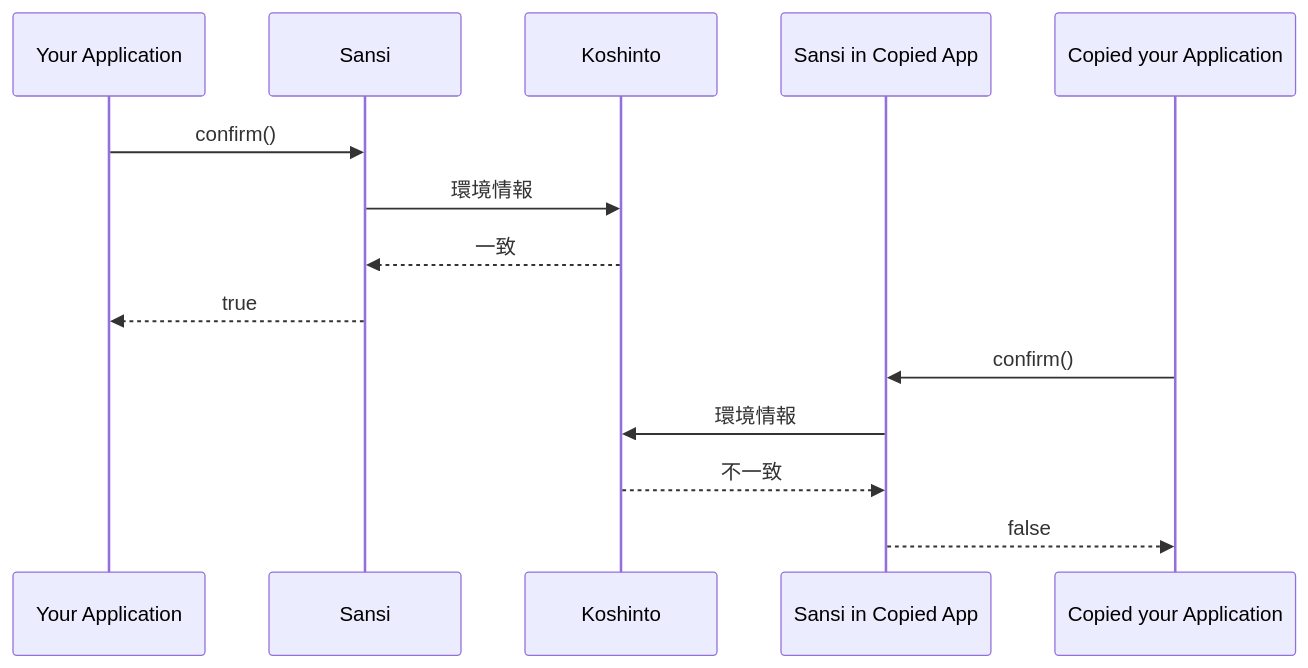
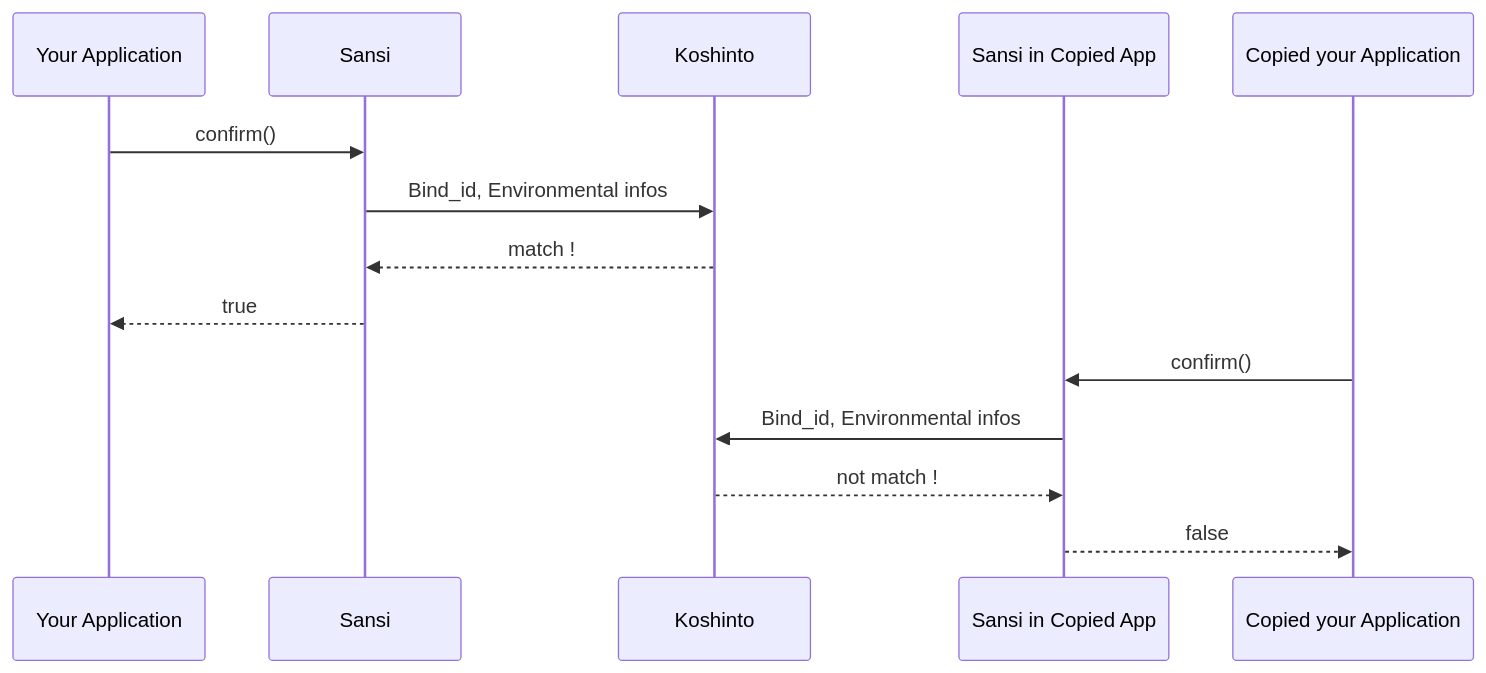
The diagram in README.md (UedaTakeyuki/sansi_examples), drawn with Mermaid before and after one commit.

````diff
--- a/README.md
+++ b/README.md
@@ -10,18 +10,18 @@
 ```mermaid
 sequenceDiagram;
 participant Your Application
 participant Sansi
 participant Koshinto
 participant Sansi in Copied App
 participant Copied your Application
 
 Your Application->>Sansi: confirm()
-Sansi->>Koshinto: 環境情報
-Koshinto-->>Sansi: 一致
+Sansi->>Koshinto: Bind_id, Environmental infos
+Koshinto-->>Sansi: match !
 Sansi-->>Your Application: true
 
 Copied your Application->>Sansi in Copied App: confirm()
-Sansi in Copied App->>Koshinto: 環境情報
-Koshinto-->>Sansi in Copied App: 不一致
+Sansi in Copied App->>Koshinto: Bind_id, Environmental infos
+Koshinto-->>Sansi in Copied App: not match !
 Sansi in Copied App-->>Copied your Application: false
 ```
````
